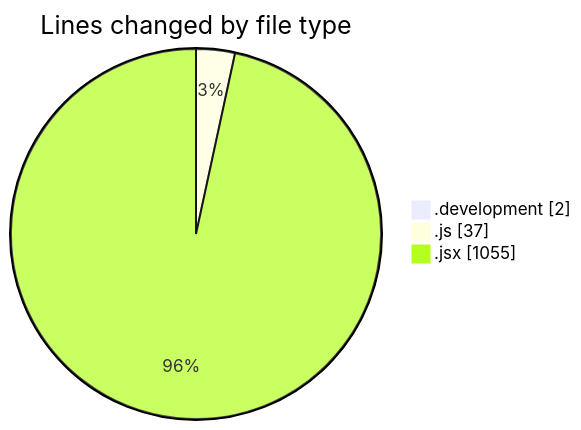
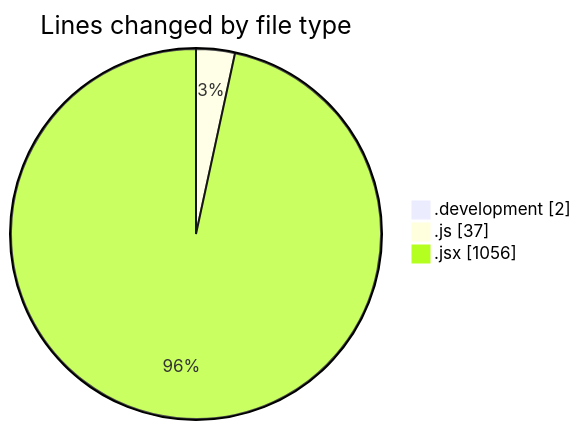
One commit to nxtqubesakshisongat/code-tracking changed the first of 2 diagrams in 2025-11-10/nxtqube_webapp/README.md. Above: the diagram before and after it, drawn with Mermaid. The commit also changed other lines of this file and 1 other file, not shown here.

````diff
--- a/2025-11-10/nxtqube_webapp/README.md
+++ b/2025-11-10/nxtqube_webapp/README.md
@@ -23,7 +23,7 @@
 ```mermaid
 pie showData
 title Lines changed by file type
 ".development" : 2
 ".js" : 37
-".jsx" : 1055
+".jsx" : 1056
 ```
````
